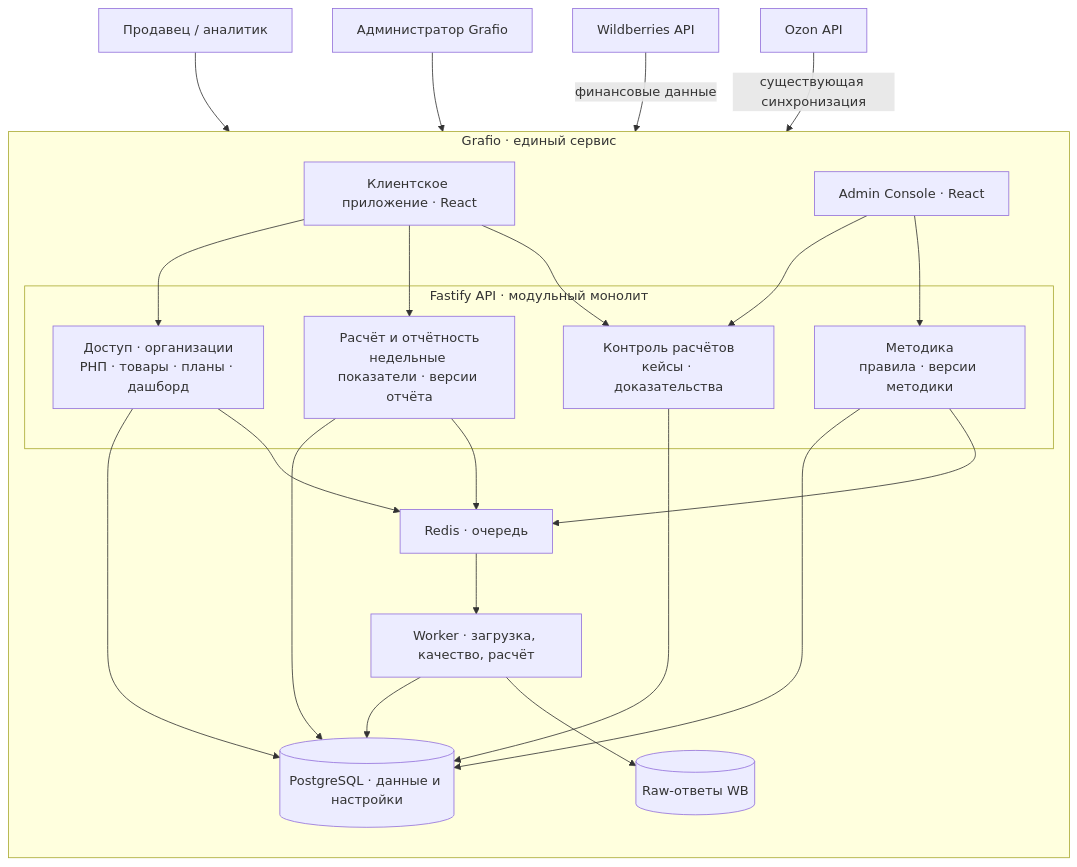
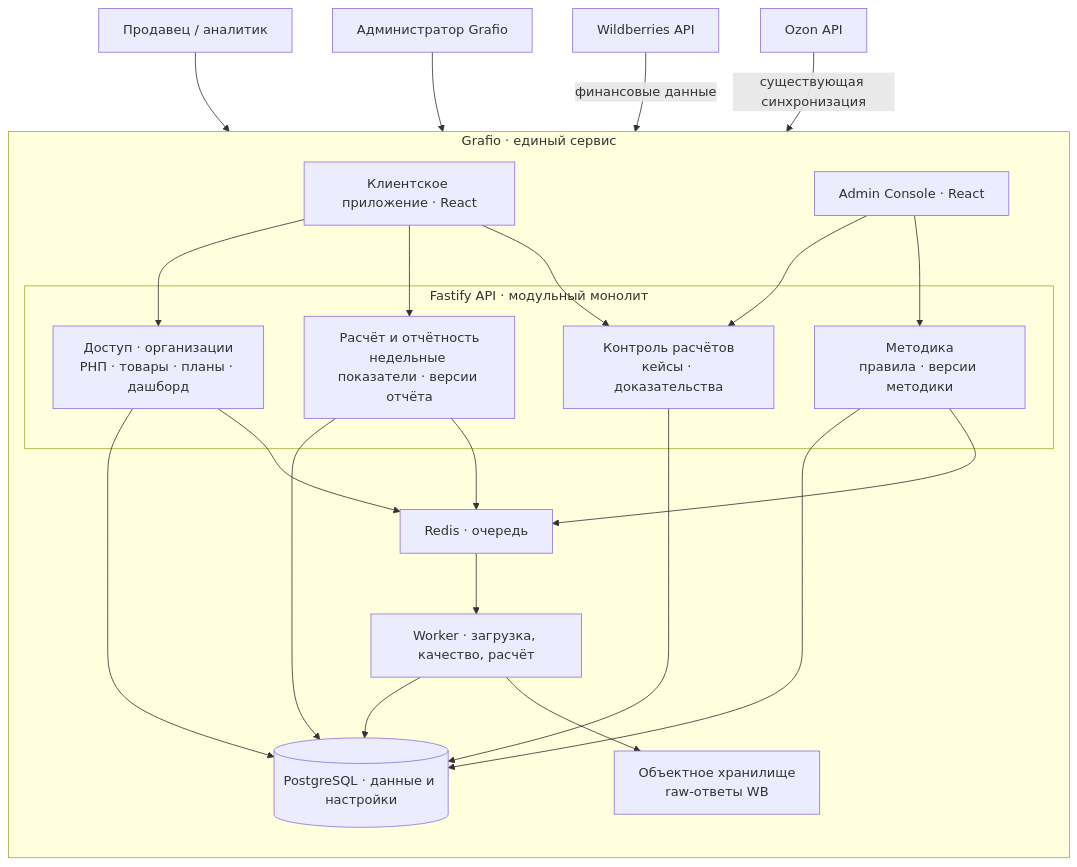
Before and after one commit to onlyuncia/grafio-product-docs: the second of 2 diagrams in CASE-STUDY.md, drawn with Mermaid. The commit also changed 3 other files, not shown here.

````diff
--- a/CASE-STUDY.md
+++ b/CASE-STUDY.md
@@ -76,37 +76,37 @@
 ```mermaid
 flowchart TB
   USER["Продавец / аналитик"] --> UI
   ADMIN_USER["Администратор Grafio"] --> ADMIN_UI
 
   subgraph GRAFIO["Grafio · единый сервис"]
     direction TB
     UI["Клиентское приложение · React"]
     ADMIN_UI["Admin Console · React"]
 
     subgraph API["Fastify API · модульный монолит"]
       CORE["Доступ · организации<br/>РНП · товары · планы · дашборд"]
       REPORT["Расчёт и отчётность<br/>недельные показатели · версии отчёта"]
       CASES["Контроль расчётов<br/>кейсы · доказательства"]
       RULES["Методика<br/>правила · версии методики"]
     end
 
     UI --> CORE
     UI --> REPORT
     UI --> CASES
     ADMIN_UI --> CASES
     ADMIN_UI --> RULES
     CORE --> DB[(PostgreSQL · данные и настройки)]
     REPORT --> DB
     CASES --> DB
     RULES --> DB
     CORE --> QUEUE["Redis · очередь"]
     REPORT --> QUEUE
     RULES --> QUEUE
     QUEUE --> WORKER["Worker · загрузка, качество, расчёт"]
     WORKER --> DB
-    WORKER --> RAW[(Raw-ответы WB)]
+    WORKER --> RAW["Объектное хранилище<br/>raw-ответы WB"]
   end
 
   WB["Wildberries API"] -->|финансовые данные| WORKER
   OZON["Ozon API"] -->|существующая синхронизация| WORKER
 ```
````
